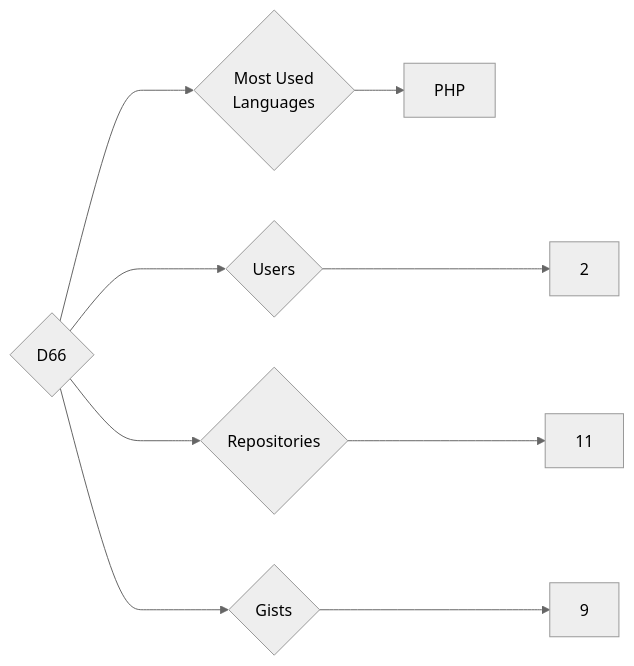
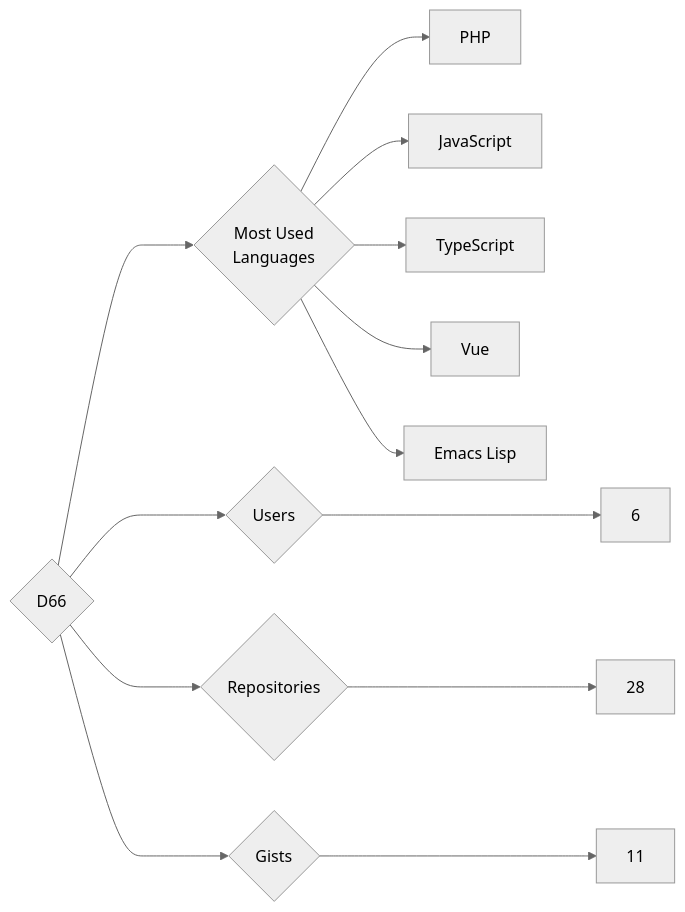
The diagram in targets/D66/README.md (trickest/insiders), drawn with Mermaid (neutral theme) before and after one commit. The commit also changed 873 other files, not shown here.

````diff
--- a/targets/D66/README.md
+++ b/targets/D66/README.md
@@ -3,9 +3,13 @@
 ```mermaid
 graph LR
 COMPANY_NAME{D66}
-COMPANY_NAME ---> U{Users} ---> UN[2]
-COMPANY_NAME ---> R{Repositories} ---> RN[11]
-COMPANY_NAME ---> G{Gists} ---> GN[9]
+COMPANY_NAME ---> U{Users} ---> UN[6]
+COMPANY_NAME ---> R{Repositories} ---> RN[28]
+COMPANY_NAME ---> G{Gists} ---> GN[11]
 COMPANY_NAME ---> ML{Most Used<br>Languages}
 ML --> PHP[PHP]
+ML --> JavaScript[JavaScript]
+ML --> TypeScript[TypeScript]
+ML --> Vue[Vue]
+ML --> Emacs_Lisp[Emacs Lisp]
 ```
````
